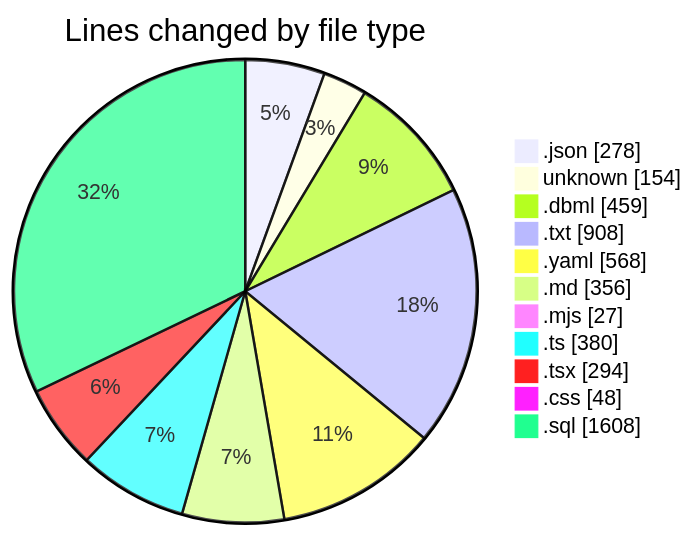
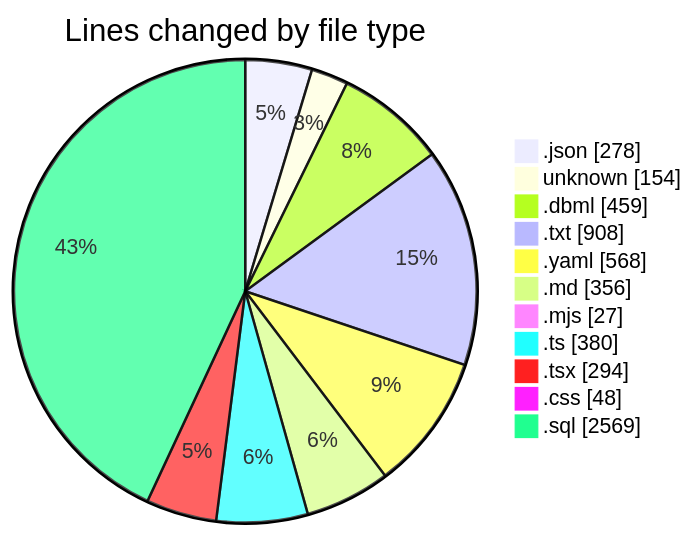
The first of 2 diagrams in 2025-10-02/oura-api/README.md (mevix1/code-tracking), drawn with Mermaid before and after one commit. The commit also changed other lines of this file and 1 other file, not shown here.

````diff
--- a/2025-10-02/oura-api/README.md
+++ b/2025-10-02/oura-api/README.md
@@ -61,15 +64,15 @@
 ```mermaid
 pie showData
 title Lines changed by file type
 ".json" : 278
 "unknown" : 154
 ".dbml" : 459
 ".txt" : 908
 ".yaml" : 568
 ".md" : 356
 ".mjs" : 27
 ".ts" : 380
 ".tsx" : 294
 ".css" : 48
-".sql" : 1608
+".sql" : 2569
 ```
````
